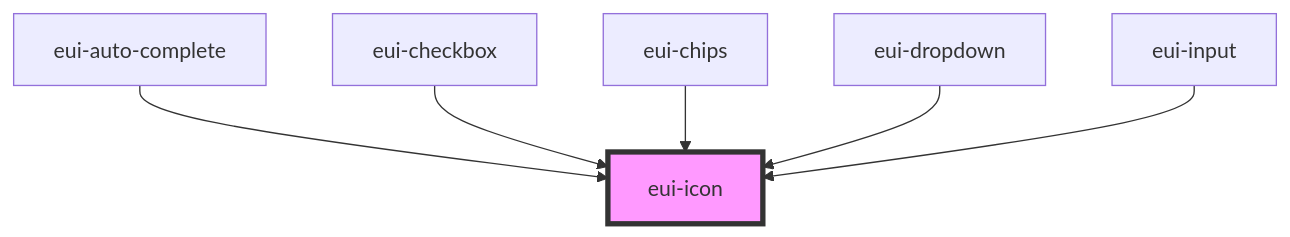
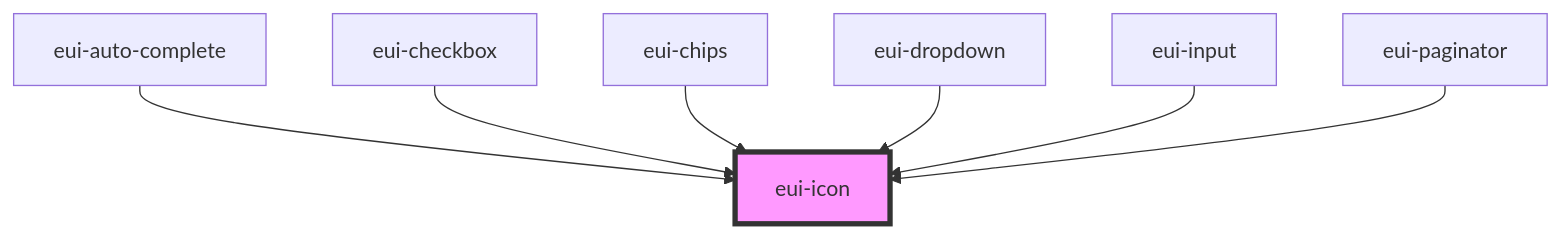
Before and after one commit to pnd-amirhosein/U_and_I: the diagram in ensemble-ui/src/components/icon/readme.md, drawn with Mermaid. The commit also changed other lines of this file and 12 other files, not shown here.

````diff
--- a/ensemble-ui/src/components/icon/readme.md
+++ b/ensemble-ui/src/components/icon/readme.md
@@ -27,9 +28,10 @@
 ```mermaid
 graph TD;
   eui-auto-complete --> eui-icon
   eui-checkbox --> eui-icon
   eui-chips --> eui-icon
   eui-dropdown --> eui-icon
   eui-input --> eui-icon
+  eui-paginator --> eui-icon
   style eui-icon fill:#f9f,stroke:#333,stroke-width:4px
 ```
````
